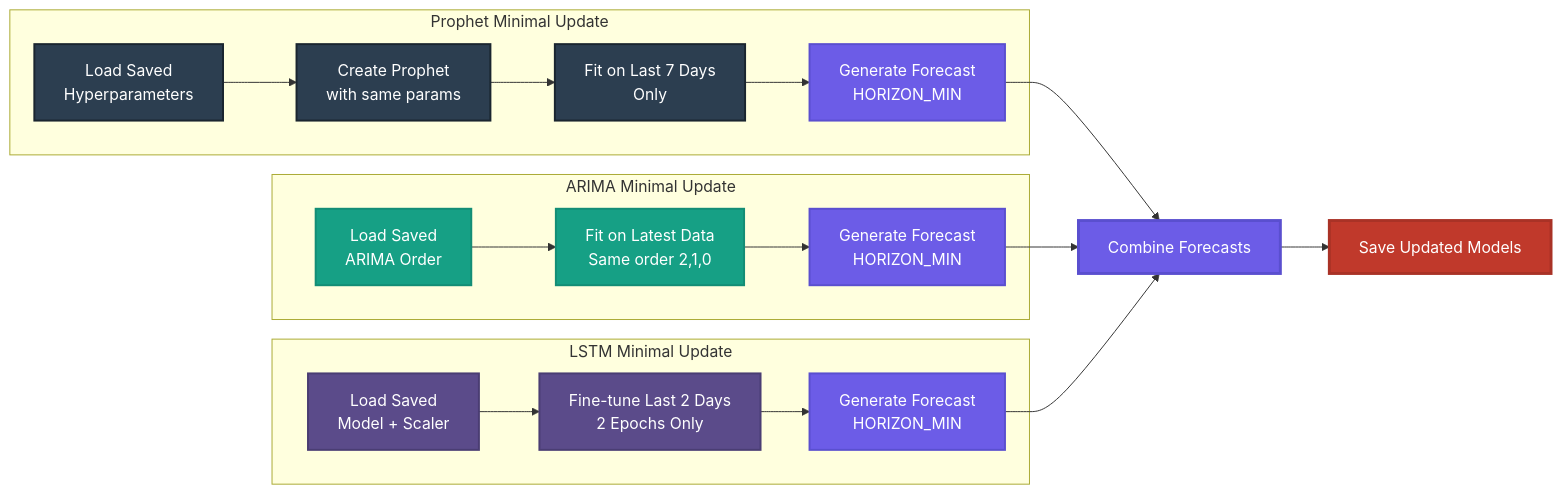
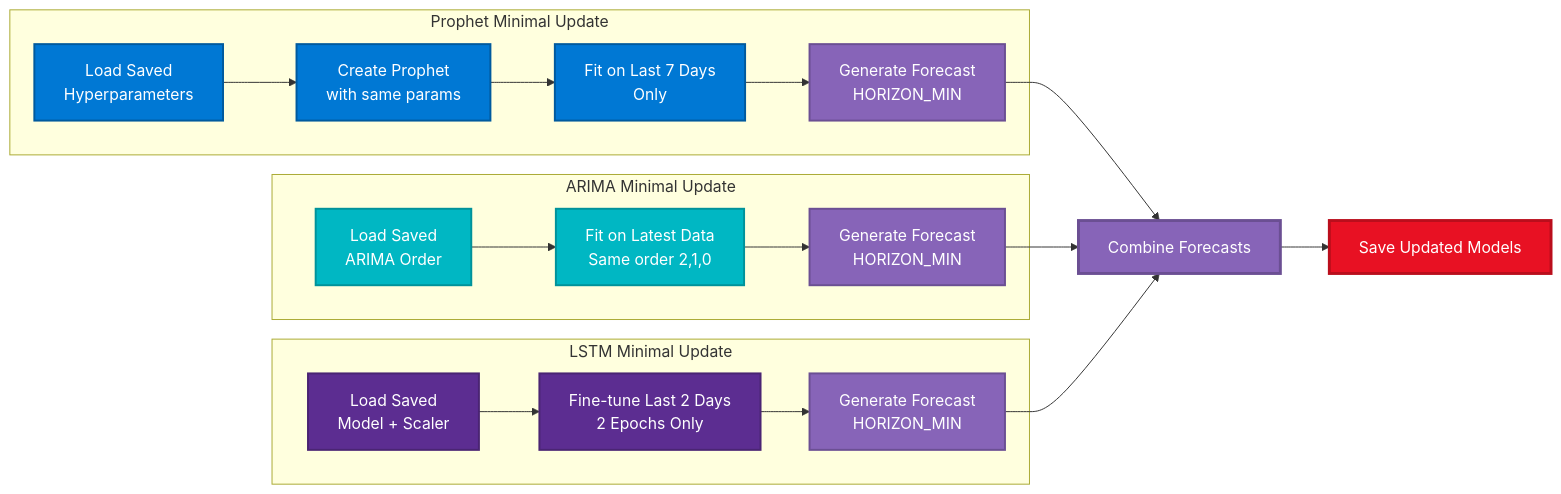
The seventh of 11 diagrams in Docs/VISUAL_ARCHITECTURE_GUIDE.md (k8sautom8/metrics-ml), drawn with Mermaid before and after one commit. The commit also changed other lines of this file, not shown here.

````diff
--- a/Docs/VISUAL_ARCHITECTURE_GUIDE.md
+++ b/Docs/VISUAL_ARCHITECTURE_GUIDE.md
@@ -502,42 +502,42 @@
 ```mermaid
 flowchart LR
     subgraph "Prophet Minimal Update"
         P1[Load Saved<br/>Hyperparameters] --> P2[Create Prophet<br/>with same params]
         P2 --> P3[Fit on Last 7 Days<br/>Only]
         P3 --> P4[Generate Forecast<br/>HORIZON_MIN]
     end
     
     subgraph "ARIMA Minimal Update"
         A1[Load Saved<br/>ARIMA Order] --> A2[Fit on Latest Data<br/>Same order 2,1,0]
         A2 --> A3[Generate Forecast<br/>HORIZON_MIN]
     end
     
     subgraph "LSTM Minimal Update"
         L1[Load Saved<br/>Model + Scaler] --> L2[Fine-tune Last 2 Days<br/>2 Epochs Only]
         L2 --> L3[Generate Forecast<br/>HORIZON_MIN]
     end
     
     P4 --> Ensemble[Combine Forecasts]
     A3 --> Ensemble
     L3 --> Ensemble
     
     Ensemble --> Save[Save Updated Models]
     
-    classDef load fill:#16A085,stroke:#138D75,stroke-width:2px,color:#fff
-    classDef process fill:#E67E22,stroke:#D35400,stroke-width:2px,color:#fff
-    classDef prophet fill:#2C3E50,stroke:#1A252F,stroke-width:2px,color:#fff
-    classDef arima fill:#16A085,stroke:#138D75,stroke-width:2px,color:#fff
-    classDef lstm fill:#5B4B8A,stroke:#4A3D73,stroke-width:2px,color:#fff
-    classDef forecast fill:#6C5CE7,stroke:#5A4FCF,stroke-width:2px,color:#fff
-    classDef ensemble fill:#6C5CE7,stroke:#5A4FCF,stroke-width:3px,color:#fff
-    classDef save fill:#C0392B,stroke:#A93226,stroke-width:3px,color:#fff
+    classDef load fill:#00B7C3,stroke:#00929A,stroke-width:2px,color:#fff
+    classDef process fill:#FF8C00,stroke:#CC7000,stroke-width:2px,color:#fff
+    classDef prophet fill:#0078D4,stroke:#005A9E,stroke-width:2px,color:#fff
+    classDef arima fill:#00B7C3,stroke:#00929A,stroke-width:2px,color:#fff
+    classDef lstm fill:#5C2D91,stroke:#4A2473,stroke-width:2px,color:#fff
+    classDef forecast fill:#8764B8,stroke:#6B4F93,stroke-width:2px,color:#fff
+    classDef ensemble fill:#8764B8,stroke:#6B4F93,stroke-width:3px,color:#fff
+    classDef save fill:#E81123,stroke:#BA0E1C,stroke-width:3px,color:#fff
     
     class P1,A1,L1 load
     class P2,P3,A2,L2 process
     class P1,P2,P3,P4 prophet
     class A1,A2,A3 arima
     class L1,L2,L3 lstm
     class P4,A3,L3 forecast
     class Ensemble ensemble
     class Save save
 ```
````
